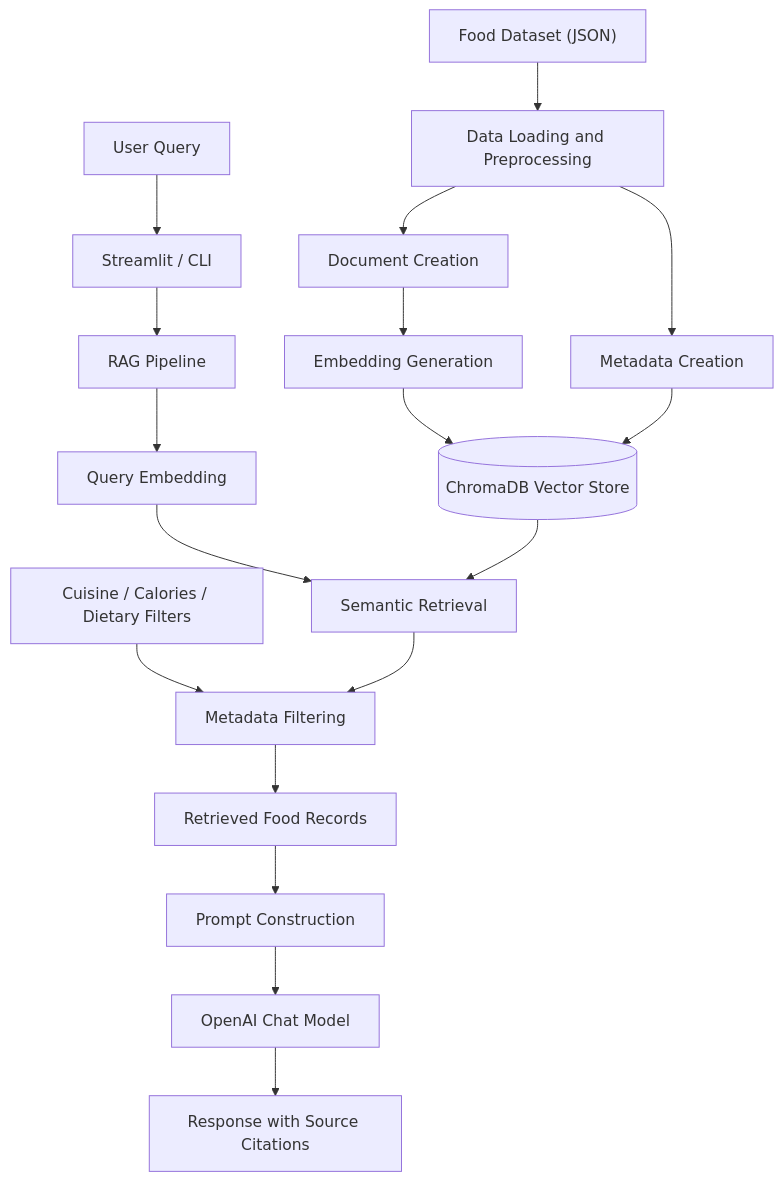
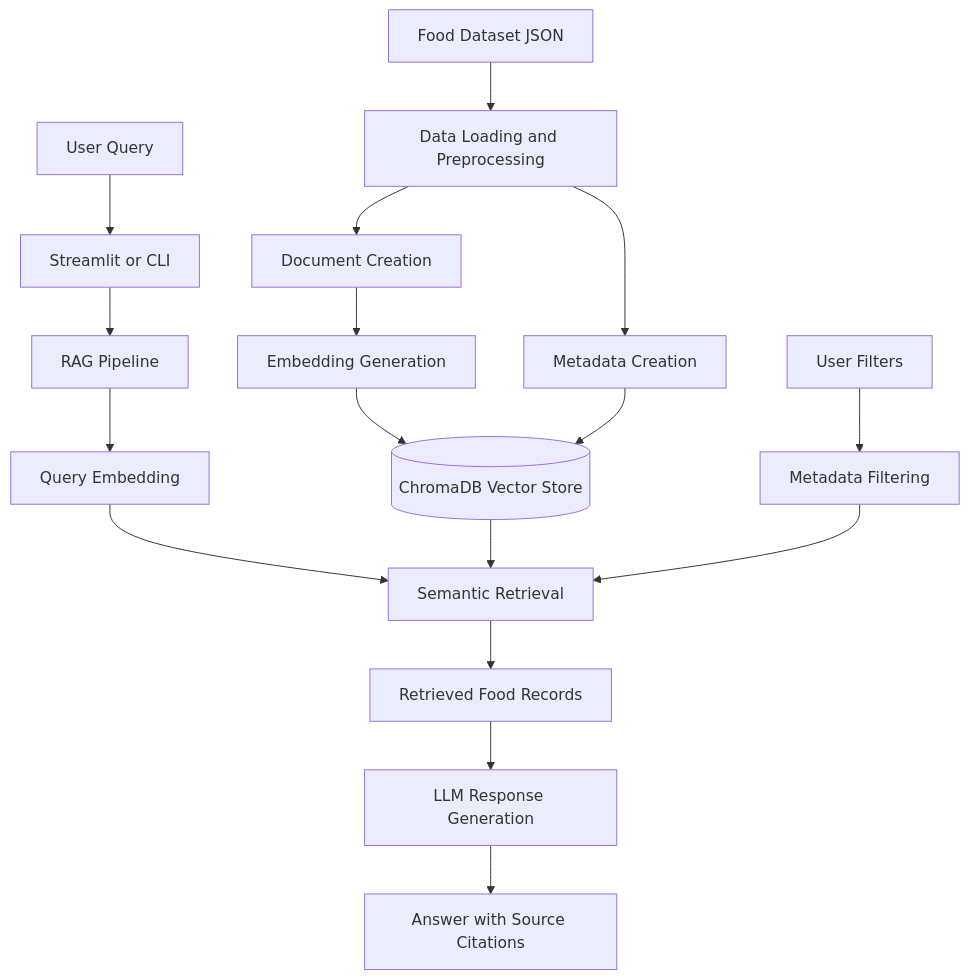
The first of 2 diagrams in 02-rag-food-recommendation-system/README.md (jaskaranjjk97/rag-lab), drawn with Mermaid before and after one commit. The commit also changed other lines of this file, not shown here.

Commit message:
Fix README screenshots and architecture diagrams

````diff
--- a/02-rag-food-recommendation-system/README.md
+++ b/02-rag-food-recommendation-system/README.md
@@ -62,23 +65,20 @@
 ```mermaid
 flowchart TD
-    A["Food Dataset (JSON)"] --> B["Data Loading and Preprocessing"]
+    A["Food Dataset JSON"] --> B["Data Loading and Preprocessing"]
     B --> C["Document Creation"]
     B --> D["Metadata Creation"]
-
     C --> E["Embedding Generation"]
     E --> F[("ChromaDB Vector Store")]
     D --> F
 
-    G["User Query"] --> H["Streamlit / CLI"]
+    G["User Query"] --> H["Streamlit or CLI"]
     H --> I["RAG Pipeline"]
     I --> J["Query Embedding"]
     J --> K["Semantic Retrieval"]
     F --> K
-
-    L["Cuisine / Calories / Dietary Filters"] --> M["Metadata Filtering"]
-    K --> M
-    M --> N["Retrieved Food Records"]
-    N --> O["Prompt Construction"]
-    O --> P["OpenAI Chat Model"]
-    P --> Q["Response with Source Citations"]
+    L["User Filters"] --> M["Metadata Filtering"]
+    M --> K
+    K --> N["Retrieved Food Records"]
+    N --> O["LLM Response Generation"]
+    O --> P["Answer with Source Citations"]
 ```
````
